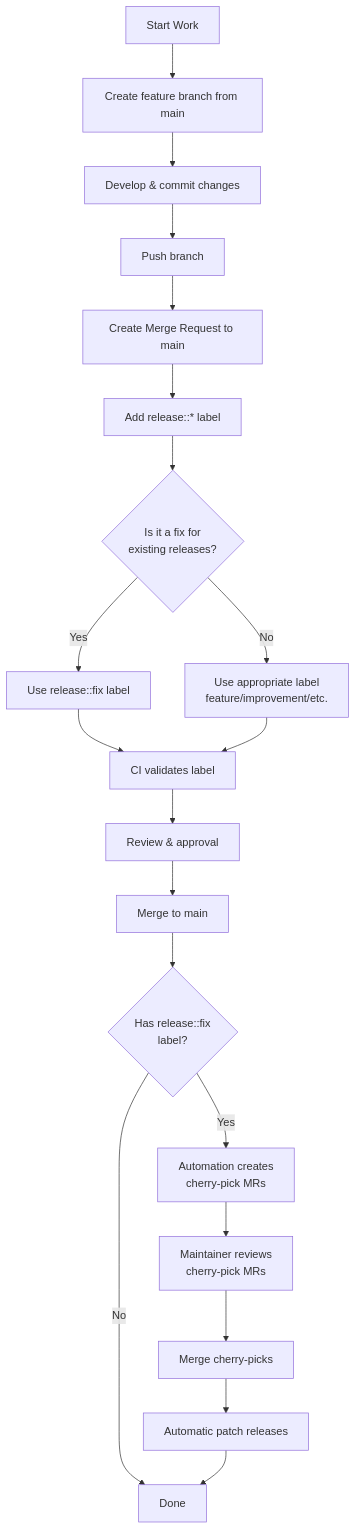
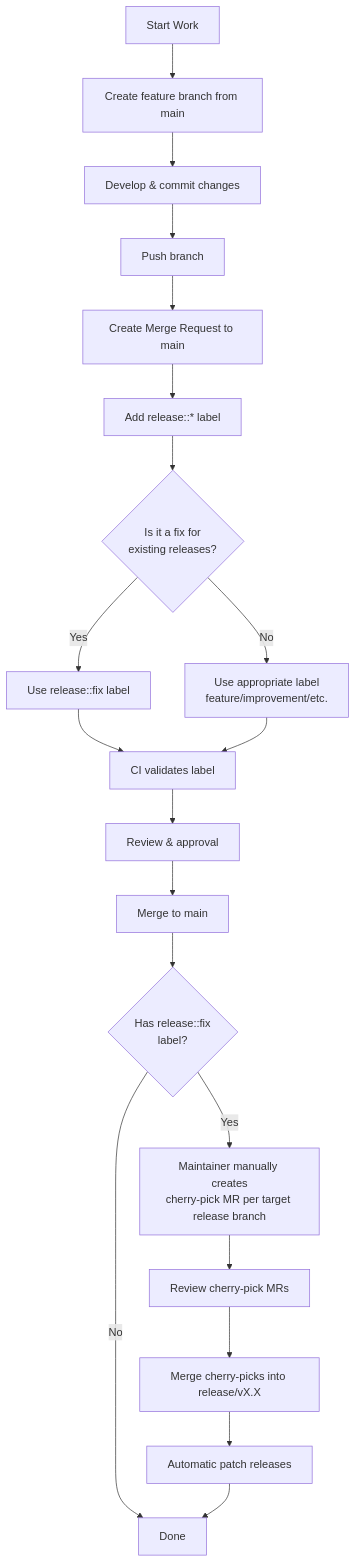
Before and after one commit to aria-ml/dataeval: the fifth of 7 diagrams in BRANCHING.md, drawn with Mermaid. The commit also changed other lines of this file, not shown here.

````diff
--- a/BRANCHING.md
+++ b/BRANCHING.md
@@ -219,22 +228,22 @@
 ```mermaid
 flowchart TD
     A[Start Work] --> B[Create feature branch from main]
     B --> C[Develop & commit changes]
     C --> D[Push branch]
     D --> E[Create Merge Request to main]
     E --> F[Add release::* label]
     F --> G{Is it a fix for<br/>existing releases?}
     G -->|Yes| H[Use release::fix label]
     G -->|No| I[Use appropriate label<br/>feature/improvement/etc.]
     H --> J[CI validates label]
     I --> J
     J --> K[Review & approval]
     K --> L[Merge to main]
     L --> M{Has release::fix<br/>label?}
-    M -->|Yes| N[Automation creates<br/>cherry-pick MRs]
+    M -->|Yes| N[Maintainer manually creates<br/>cherry-pick MR per target release branch]
     M -->|No| O[Done]
-    N --> P[Maintainer reviews<br/>cherry-pick MRs]
-    P --> Q[Merge cherry-picks]
+    N --> P[Review cherry-pick MRs]
+    P --> Q[Merge cherry-picks into release/vX.X]
     Q --> R[Automatic patch releases]
     R --> O
 ```
````
